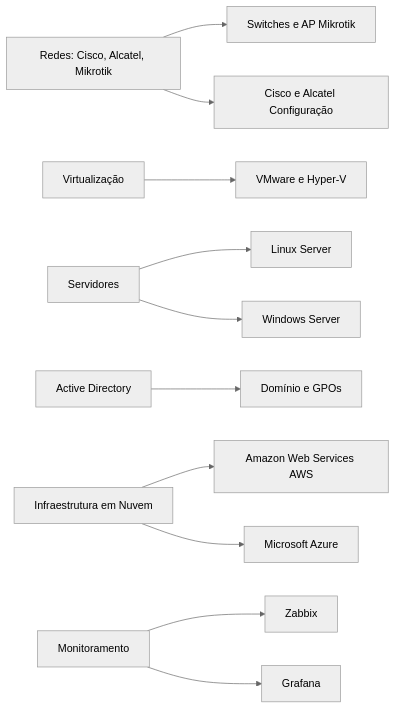
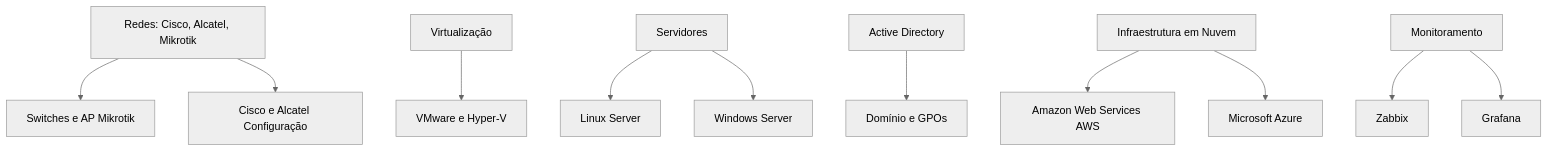
One commit to socialhiveconnect/Infraestrutura changed the diagram in intermediario/READ.md. Above: the diagram before and after it, drawn with Mermaid (neutral theme).

````diff
--- a/intermediario/READ.md
+++ b/intermediario/READ.md
@@ -7,13 +7,13 @@
 ```mermaid
-graph LR;
+graph TD;
     A[Redes: Cisco, Alcatel, Mikrotik] --> B[Switches e AP Mikrotik];
     A --> C[Cisco e Alcatel Configuração];
     D[Virtualização] --> E[VMware e Hyper-V];
     F[Servidores] --> G[Linux Server];
     F --> H[Windows Server];
     I[Active Directory] --> J[Domínio e GPOs];
     K[Infraestrutura em Nuvem] --> L[Amazon Web Services AWS];
     K --> M[Microsoft Azure];
     N[Monitoramento] --> O[Zabbix];
     N --> P[Grafana];
 ```
````
